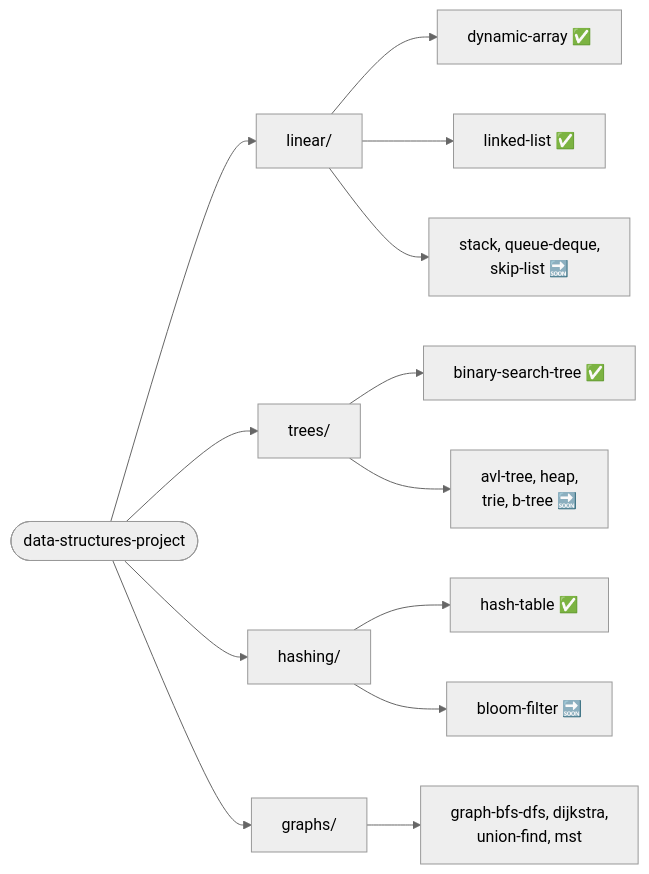
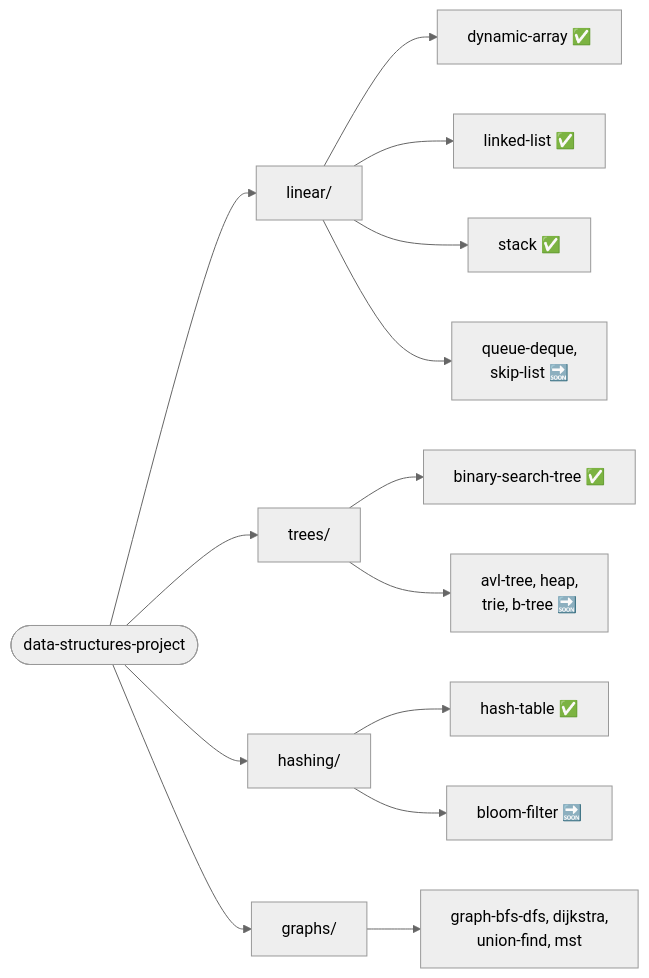
One commit to leon-lourenco/data-structures-project changed the diagram in README.md. Above: the diagram before and after it, drawn with Mermaid (neutral theme). The commit also changed other lines of this file and 8 other files, not shown here.

````diff
--- a/README.md
+++ b/README.md
@@ -62,15 +62,16 @@
 ```mermaid
 flowchart LR
     Root(["data-structures-project"]) --> Linear["linear/"]
     Root --> Trees["trees/"]
     Root --> Hashing["hashing/"]
     Root --> Graphs["graphs/"]
     Linear --> DynamicArray["dynamic-array ✅"]
     Linear --> LinkedList["linked-list ✅"]
-    Linear --> LinearRest["stack, queue-deque,\nskip-list 🔜"]
+    Linear --> StackMod["stack ✅"]
+    Linear --> LinearRest["queue-deque,\nskip-list 🔜"]
     Trees --> BST["binary-search-tree ✅"]
     Trees --> TreesRest["avl-tree, heap,\ntrie, b-tree 🔜"]
     Hashing --> HashTable["hash-table ✅"]
     Hashing --> HashingRest["bloom-filter 🔜"]
     Graphs --> GraphsMods["graph-bfs-dfs, dijkstra,\nunion-find, mst"]
 ```
````
